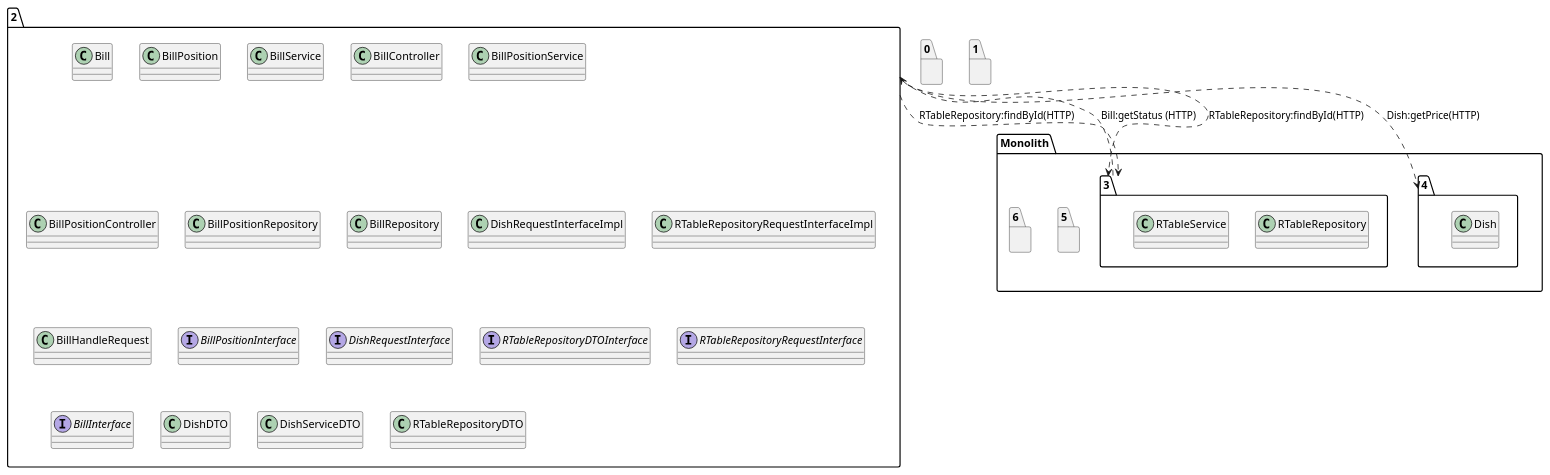
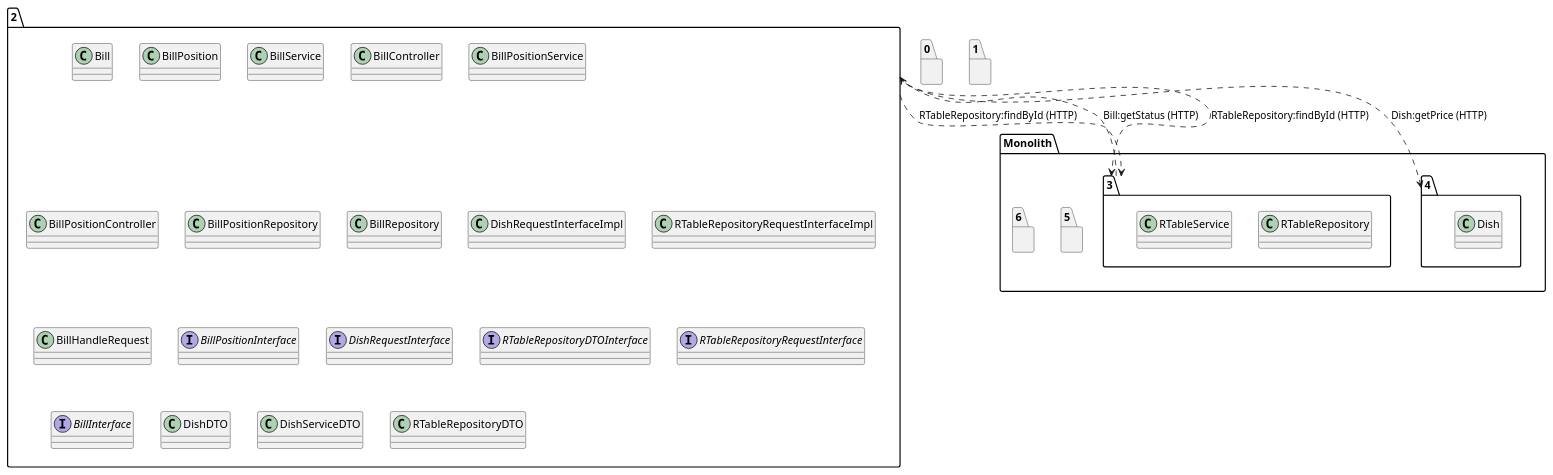
Before and after one commit to SoftwareForHumans/MicroOnion: the diagram in visualization_tool/backend/files/restaurantServer/umls/states/service2_final_state.puml, drawn with PlantUML. The commit also changed 154 other files, not shown here.

Commit message:
Generating restaurant server refactoring schemas

```diff
--- a/visualization_tool/backend/files/restaurantServer/umls/states/service2_final_state.puml
+++ b/visualization_tool/backend/files/restaurantServer/umls/states/service2_final_state.puml
@@ -1,45 +1,45 @@
 @startuml
 package "2"{
 class Bill
 class BillPosition
 class BillService
 class BillController
 class BillPositionService
 class BillPositionController
 class BillPositionRepository
 class BillRepository
 class DishRequestInterfaceImpl
 class RTableRepositoryRequestInterfaceImpl
 class BillHandleRequest
 interface BillPositionInterface
 interface DishRequestInterface
 interface RTableRepositoryDTOInterface
 interface RTableRepositoryRequestInterface
 interface BillInterface
 class DishDTO
 class DishServiceDTO
 class RTableRepositoryDTO
 }
 package "0"{
 }
 package "1"{
 }
 package "Monolith" {
 package "3"{
 class RTableRepository
 class RTableRepository
 class RTableService
 }
 package "4"{
 class Dish
 }
 package "5"{
 }
 package "6"{
 }
 }
-"2"..>"4":Dish:getPrice(HTTP)
-"2"..>"3":RTableRepository:findById(HTTP)
-"2"..>"3":RTableRepository:findById(HTTP)
+"2"..>"4":Dish:getPrice (HTTP)
+"2"..>"3":RTableRepository:findById (HTTP)
+"2"..>"3":RTableRepository:findById (HTTP)
 "3"..>"2":Bill:getStatus (HTTP)
 @enduml
```
